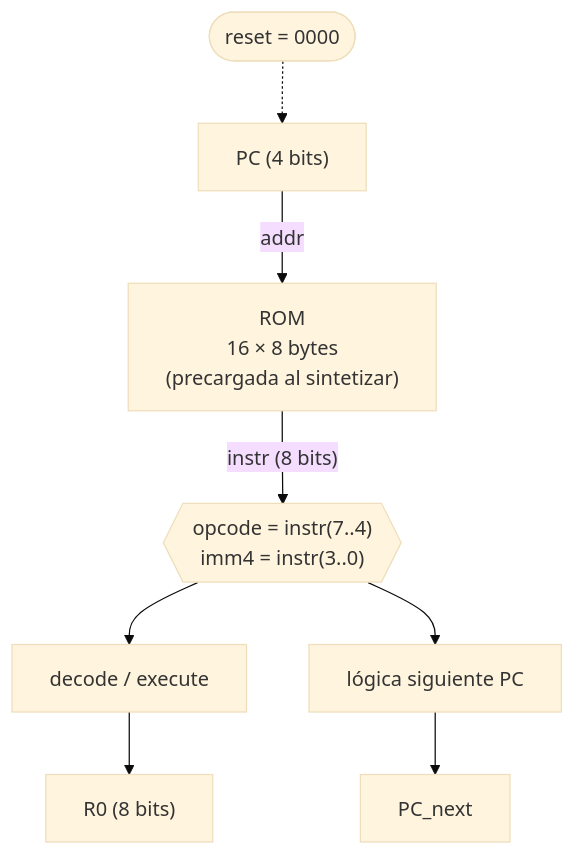
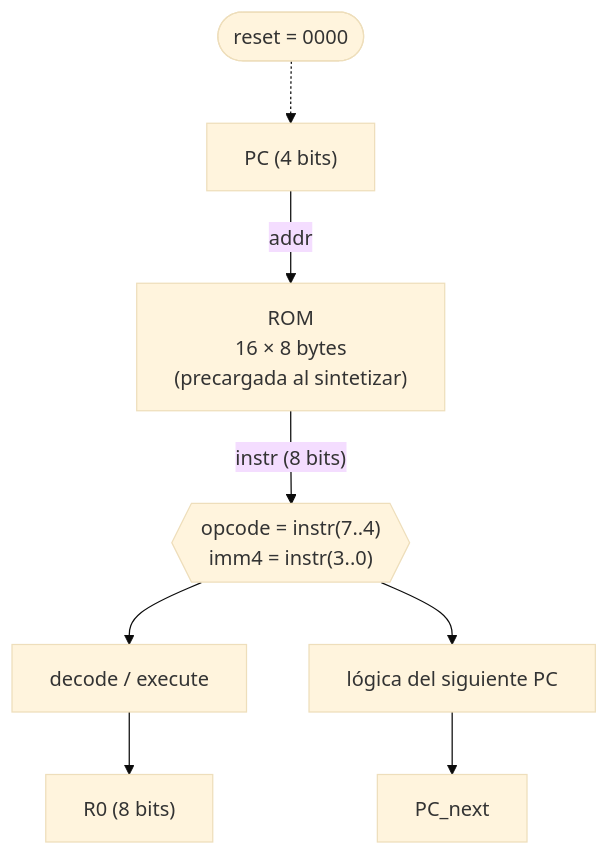
Before and after one commit to Kmila9s/Kmila: the diagram in Kmila.Shared/wwwroot/Learn/es/cpu/02-cpu-project.md, drawn with Mermaid (base theme). The commit also changed other lines of this file and 212 other files, not shown here.

````diff
--- a/Kmila.Shared/wwwroot/Learn/es/cpu/02-cpu-project.md
+++ b/Kmila.Shared/wwwroot/Learn/es/cpu/02-cpu-project.md
@@ -7,10 +7,10 @@
 ```mermaid
 flowchart TD
     RST(["reset = 0000"]) -.-> PC["PC (4 bits)"]
     PC -- addr --> ROM["ROM<br/>16 × 8 bytes<br/>(precargada al sintetizar)"]
     ROM -- "instr (8 bits)" --> SPLIT{{"opcode = instr(7..4)<br/>imm4 = instr(3..0)"}}
     SPLIT --> DECEXE["decode / execute"]
-    SPLIT --> PCNXT["lógica siguiente PC"]
+    SPLIT --> PCNXT["lógica del siguiente PC"]
     DECEXE --> R0["R0 (8 bits)"]
     PCNXT --> PCN["PC_next"]
 ```
````
